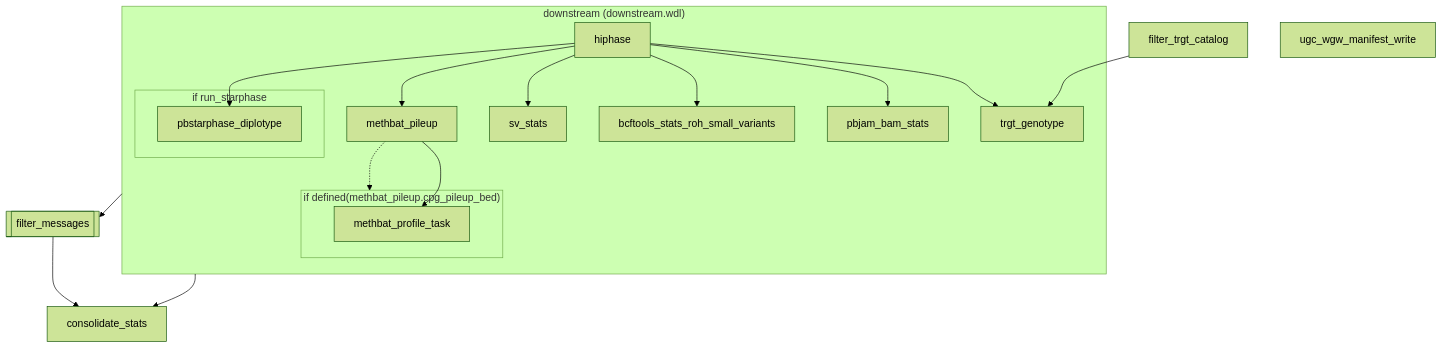
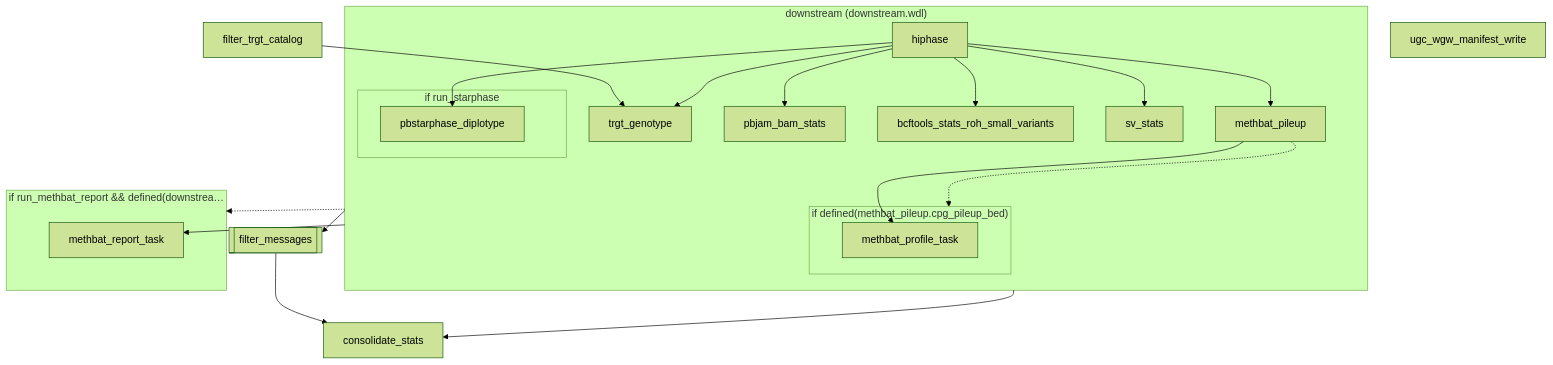
Before and after one commit to UppsalaGenomeCenter/ugc-wgw: the sixth of 12 diagrams in docs/guide/workflow-graphs.md, drawn with Mermaid (forest theme). The commit also changed other lines of this file and 72 other files, not shown here.

First line of the commit message:
ugc-wgw 0.16.0

````diff
--- a/docs/guide/workflow-graphs.md
+++ b/docs/guide/workflow-graphs.md
@@ -346,33 +387,38 @@
 ```mermaid
 flowchart TD
   n1["filter_trgt_catalog"]
   subgraph s1["downstream (downstream.wdl)"]
     n2["hiphase"]
     n3["trgt_genotype"]
     n4["pbjam_bam_stats"]
     n5["bcftools_stats_roh_small_variants"]
     n6["sv_stats"]
     n7["methbat_pileup"]
     subgraph s2["if defined(methbat_pileup.cpg_pileup_bed)"]
       n8["methbat_profile_task"]
     end
     subgraph s3["if run_starphase"]
       n9["pbstarphase_diplotype"]
     end
   end
-  n10[["filter_messages"]]
-  n11["consolidate_stats"]
-  n12["ugc_wgw_manifest_write"]
+  subgraph s4["if run_methbat_report #38;#38; defined(downstrea…"]
+    n10["methbat_report_task"]
+  end
+  n11[["filter_messages"]]
+  n12["consolidate_stats"]
+  n13["ugc_wgw_manifest_write"]
   n1 --> n3
   n2 --> n3
   n2 --> n4
   n2 --> n5
   n2 --> n6
   n2 --> n7
   n2 --> n9
   n7 --> n8
   n7 -.-> s2
-  n10 --> n11
+  n11 --> n12
   s1 --> n10
   s1 --> n11
+  s1 --> n12
+  s1 -.-> s4
 ```
````
